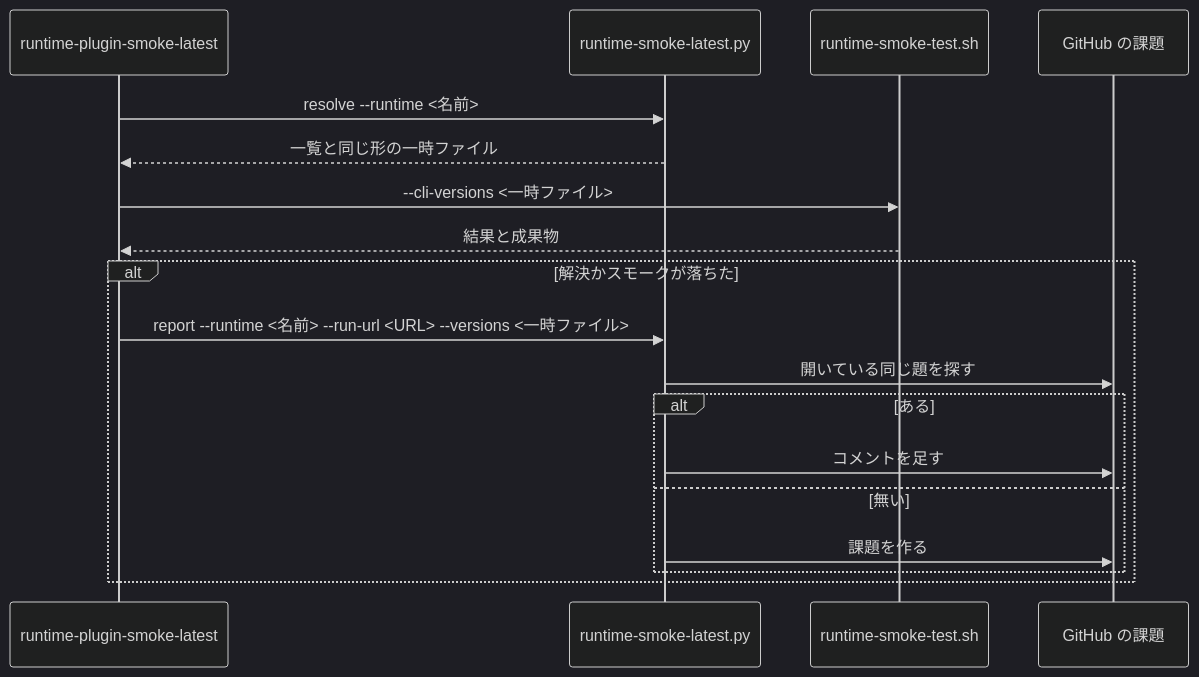
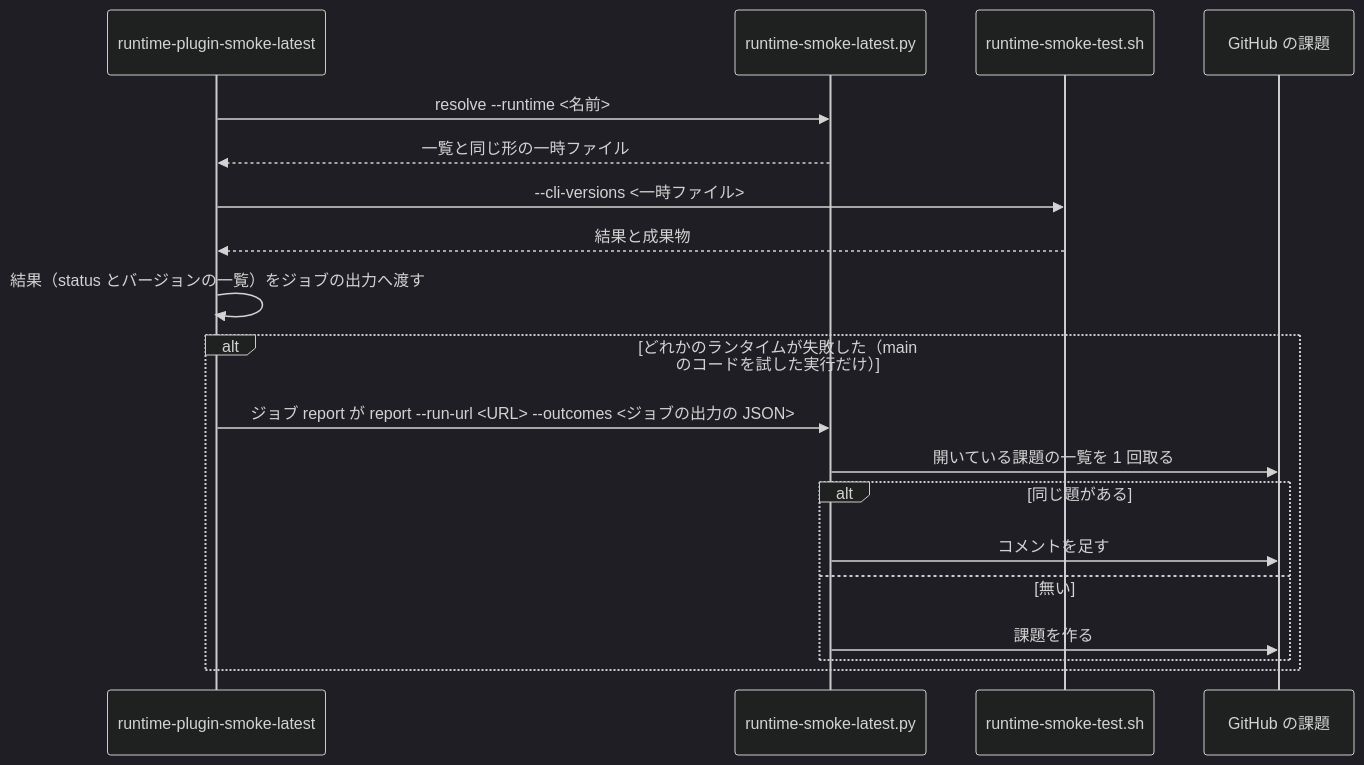
One commit to devbasex/ai-plugins changed the second of 2 diagrams in docs/specifications/runtime-smoke-cli-versions.md. Above: the diagram before and after it, drawn with Mermaid (dark theme). The commit also changed other lines of this file and 14 other files, not shown here.

````diff
--- a/docs/specifications/runtime-smoke-cli-versions.md
+++ b/docs/specifications/runtime-smoke-cli-versions.md
@@ -96,20 +96,21 @@
 ```mermaid
 sequenceDiagram
     participant L as runtime-plugin-smoke-latest
     participant R as runtime-smoke-latest.py
     participant T as runtime-smoke-test.sh
     participant G as GitHub の課題
     L->>R: resolve --runtime <名前>
     R-->>L: 一覧と同じ形の一時ファイル
     L->>T: --cli-versions <一時ファイル>
     T-->>L: 結果と成果物
-    alt 解決かスモークが落ちた
-        L->>R: report --runtime <名前> --run-url <URL> --versions <一時ファイル>
-        R->>G: 開いている同じ題を探す
-        alt ある
+    L->>L: 結果（status とバージョンの一覧）をジョブの出力へ渡す
+    alt どれかのランタイムが失敗した（main のコードを試した実行だけ）
+        L->>R: ジョブ report が report --run-url <URL> --outcomes <ジョブの出力の JSON>
+        R->>G: 開いている課題の一覧を 1 回取る
+        alt 同じ題がある
             R->>G: コメントを足す
         else 無い
             R->>G: 課題を作る
         end
     end
 ```
````
